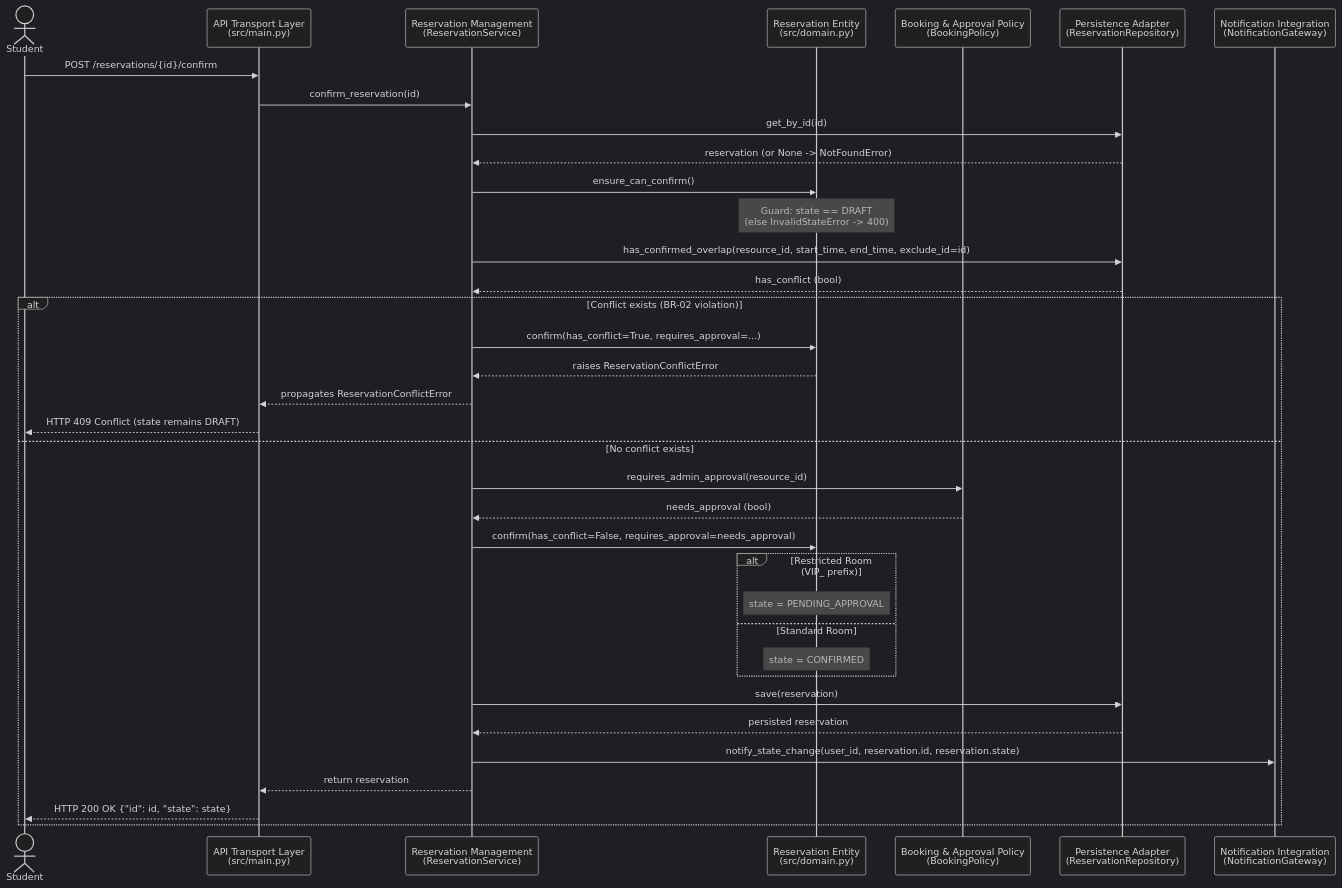
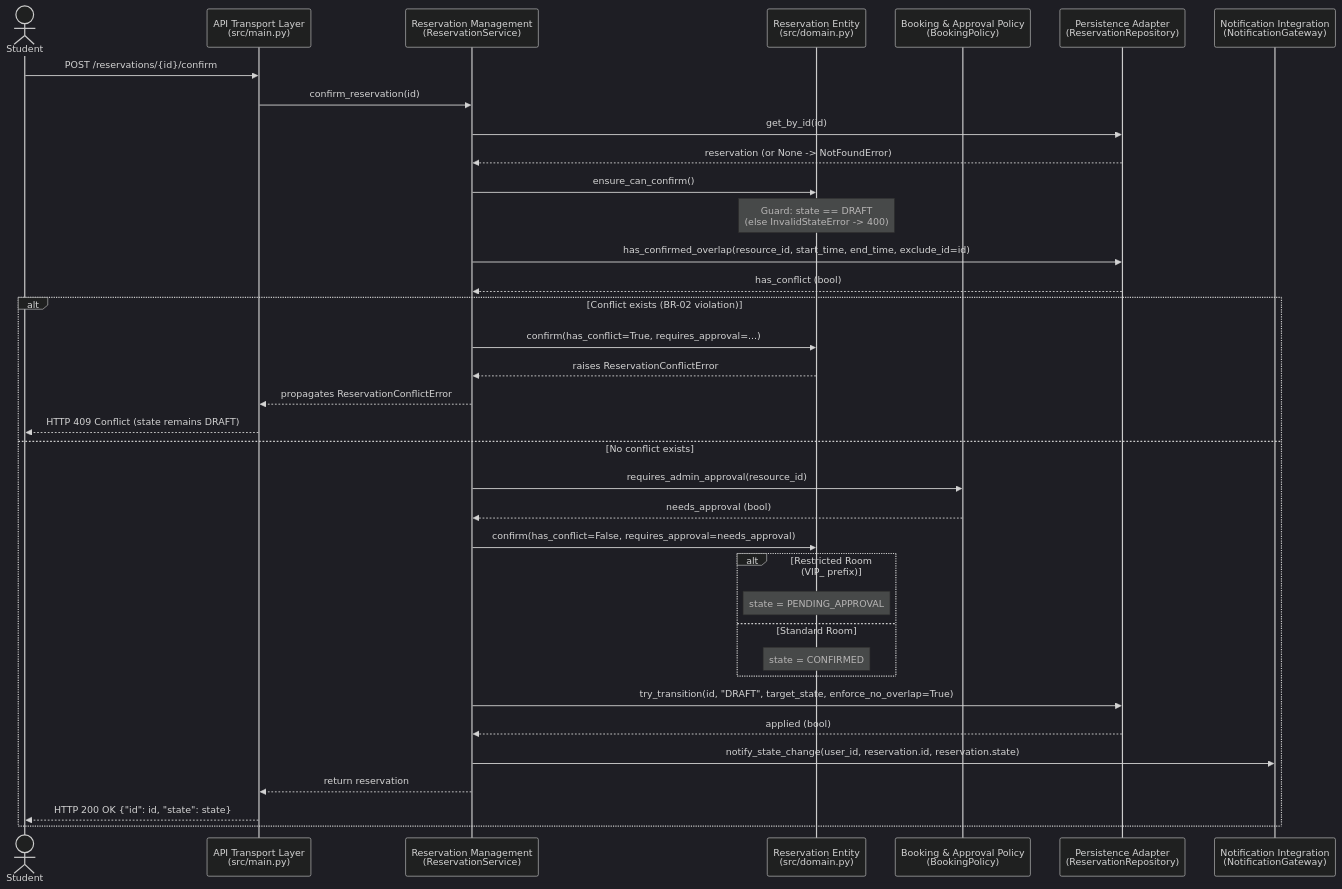
One commit to abdul-kasif/swi-c01-study-room-reservation changed the third of 6 diagrams in docs/architecture-and-decisions.md. Above: the diagram before and after it, drawn with Mermaid (dark theme). The commit also changed other lines of this file and 2 other files, not shown here.

First line of the commit message:
docs, build: Synchronize manual setup paths and atomic query charts

````diff
--- a/docs/architecture-and-decisions.md
+++ b/docs/architecture-and-decisions.md
@@ -456,42 +456,42 @@
 ```mermaid
 sequenceDiagram
     actor User as Student
     participant API as API Transport Layer<br/>(src/main.py)
     participant Svc as Reservation Management<br/>(ReservationService)
     participant Dom as Reservation Entity<br/>(src/domain.py)
     participant Pol as Booking & Approval Policy<br/>(BookingPolicy)
     participant Repo as Persistence Adapter<br/>(ReservationRepository)
     participant Notif as Notification Integration<br/>(NotificationGateway)
 
     User->>API: POST /reservations/{id}/confirm
     API->>Svc: confirm_reservation(id)
     Svc->>Repo: get_by_id(id)
     Repo-->>Svc: reservation (or None -> NotFoundError)
 
     Svc->>Dom: ensure_can_confirm()
     Note over Dom: Guard: state == DRAFT<br/>(else InvalidStateError -> 400)
 
     Svc->>Repo: has_confirmed_overlap(resource_id, start_time, end_time, exclude_id=id)
     Repo-->>Svc: has_conflict (bool)
 
     alt Conflict exists (BR-02 violation)
         Svc->>Dom: confirm(has_conflict=True, requires_approval=...)
         Dom-->>Svc: raises ReservationConflictError
         Svc-->>API: propagates ReservationConflictError
         API-->>User: HTTP 409 Conflict (state remains DRAFT)
     else No conflict exists
         Svc->>Pol: requires_admin_approval(resource_id)
         Pol-->>Svc: needs_approval (bool)
         Svc->>Dom: confirm(has_conflict=False, requires_approval=needs_approval)
         alt Restricted Room (VIP_ prefix)
             Note over Dom: state = PENDING_APPROVAL
         else Standard Room
             Note over Dom: state = CONFIRMED
         end
-        Svc->>Repo: save(reservation)
-        Repo-->>Svc: persisted reservation
+        Svc->>Repo: try_transition(id, "DRAFT", target_state, enforce_no_overlap=True)
+        Repo-->>Svc: applied (bool)        
         Svc->>Notif: notify_state_change(user_id, reservation.id, reservation.state)
         Svc-->>API: return reservation
         API-->>User: HTTP 200 OK {"id": id, "state": state}
     end
 ```
````
